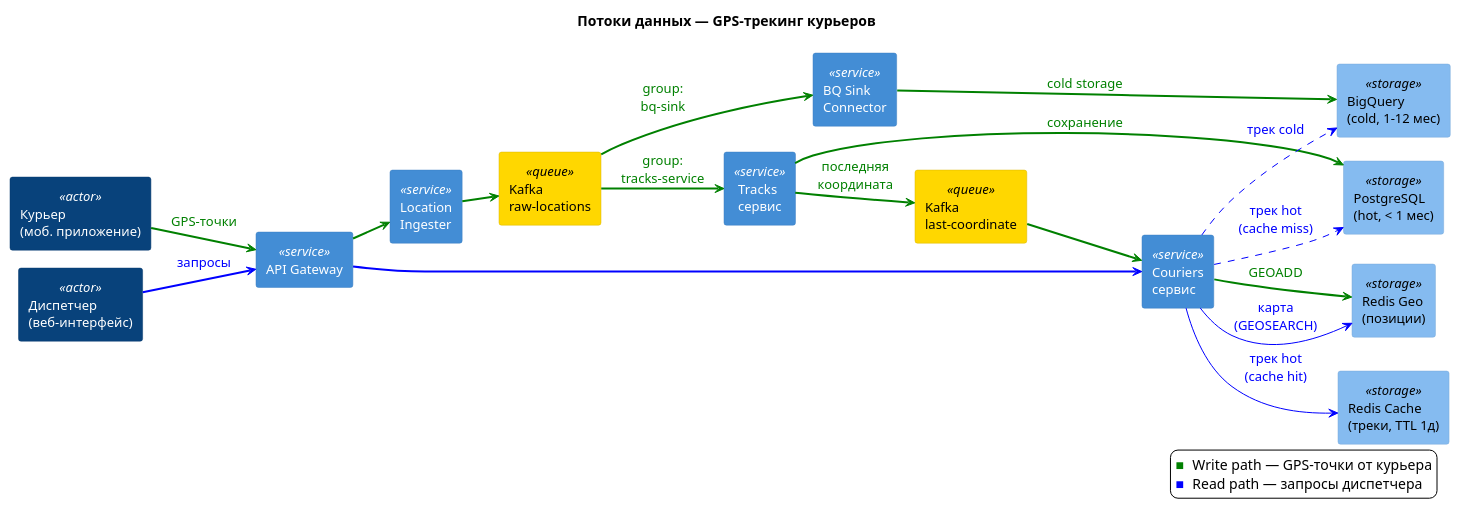
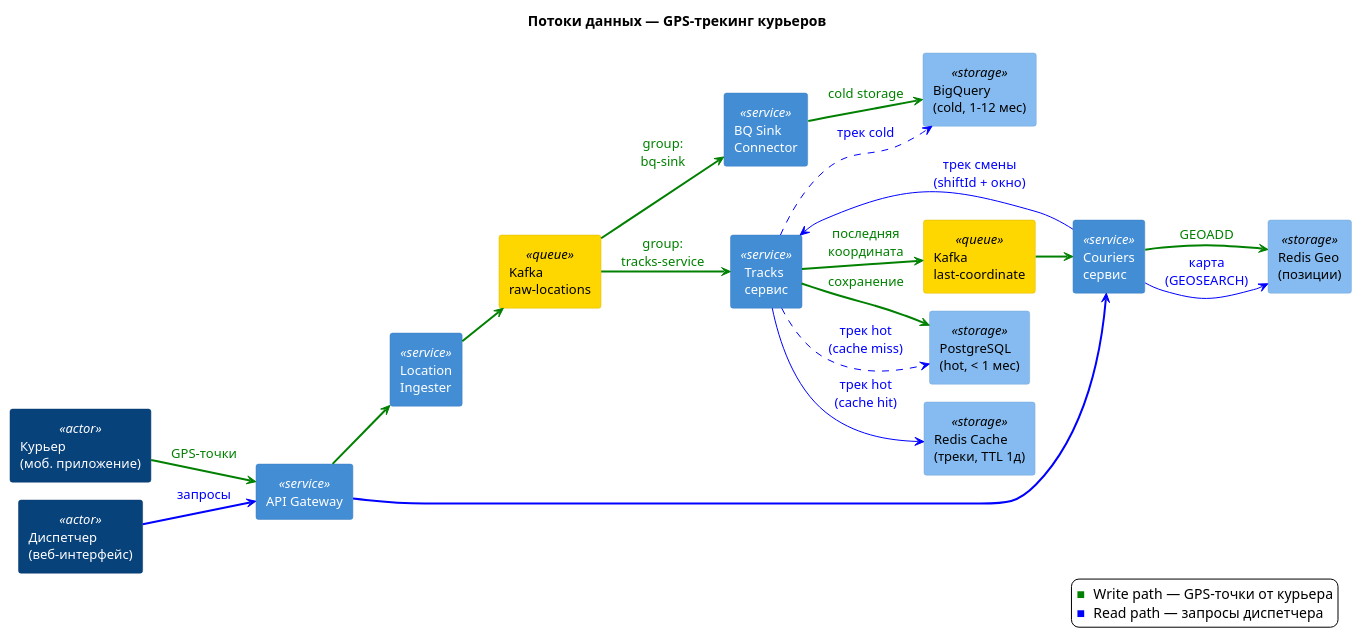
Before and after one commit to ua6xh/gps-tracking-system-design: the diagram in diagrams/data-flow.puml, drawn with PlantUML. The commit also changed 3 other files, not shown here.

Commit message:
Make Tracks service sole owner of locations tiers; Couriers reads tracks via API instead of shared DB

```diff
--- a/diagrams/data-flow.puml
+++ b/diagrams/data-flow.puml
@@ -1,77 +1,79 @@
 @startuml Data_Flow
 !pragma layout smetana
 left to right direction
 skinparam backgroundColor white
 skinparam defaultFontSize 13
 skinparam componentStyle rectangle
 
 skinparam component {
   BackgroundColor<<service>> #438DD5
   FontColor<<service>> white
   BorderColor<<service>> #3C7FC0
 
   BackgroundColor<<storage>> #85BBF0
   FontColor<<storage>> black
   BorderColor<<storage>> #78A8D8
 
   BackgroundColor<<queue>> #FFD700
   FontColor<<queue>> black
   BorderColor<<queue>> #DAB600
 
   BackgroundColor<<actor>> #08427B
   FontColor<<actor>> white
   BorderColor<<actor>> #073B6F
 }
 
 title Потоки данных — GPS-трекинг курьеров
 
 ' --- Actors ---
 component "Курьер\n(моб. приложение)" as courier <<actor>>
 component "Диспетчер\n(веб-интерфейс)" as dispatcher <<actor>>
 
 ' --- Services ---
 component "API Gateway" as apigw <<service>>
 component "Location\nIngester" as ingester <<service>>
 component "Tracks\nсервис" as tracks <<service>>
 component "Couriers\nсервис" as couriers <<service>>
 
 ' --- Queues ---
 component "Kafka\nraw-locations" as kafka_raw <<queue>>
 component "Kafka\nlast-coordinate" as kafka_last <<queue>>
 
 ' --- Storage ---
 component "PostgreSQL\n(hot, < 1 мес)" as pg <<storage>>
 component "BigQuery\n(cold, 1–12 мес)" as bq <<storage>>
 component "Redis Geo\n(позиции)" as redis_geo <<storage>>
 component "Redis Cache\n(треки, TTL 1д)" as redis_cache <<storage>>
 
 ' --- Connectors ---
 component "BQ Sink\nConnector" as bq_sink <<service>>
 
 ' === WRITE PATH ===
 courier -[#green,bold]-> apigw : <color:green>GPS-точки
 apigw -[#green,bold]-> ingester
 ingester -[#green,bold]-> kafka_raw
 kafka_raw -[#green,bold]-> tracks : <color:green>group:\n<color:green>tracks-service
 tracks -[#green,bold]-> pg : <color:green>сохранение
 tracks -[#green,bold]-> kafka_last : <color:green>последняя\n<color:green>координата
 kafka_last -[#green,bold]-> couriers
 couriers -[#green,bold]-> redis_geo : <color:green>GEOADD
 kafka_raw -[#green,bold]-> bq_sink : <color:green>group:\n<color:green>bq-sink
 bq_sink -[#green,bold]-> bq : <color:green>cold storage
 
 ' === READ PATH ===
 dispatcher -[#blue,bold]-> apigw : <color:blue>запросы
 apigw -[#blue,bold]-> couriers
 
 couriers -[#blue]-> redis_geo : <color:blue>карта\n<color:blue>(GEOSEARCH)
-couriers -[#blue]-> redis_cache : <color:blue>трек hot\n<color:blue>(cache hit)
-couriers -[#blue,dashed]-> pg : <color:blue>трек hot\n<color:blue>(cache miss)
-couriers -[#blue,dashed]-> bq : <color:blue>трек cold
+couriers -[#blue]-> tracks : <color:blue>трек смены\n<color:blue>(shiftId + окно)
+
+tracks -[#blue]-> redis_cache : <color:blue>трек hot\n<color:blue>(cache hit)
+tracks -[#blue,dashed]-> pg : <color:blue>трек hot\n<color:blue>(cache miss)
+tracks -[#blue,dashed]-> bq : <color:blue>трек cold
 
 legend right
   <color:green>■</color> Write path — GPS-точки от курьера
   <color:blue>■</color> Read path — запросы диспетчера
 endlegend
 
 @enduml
```
